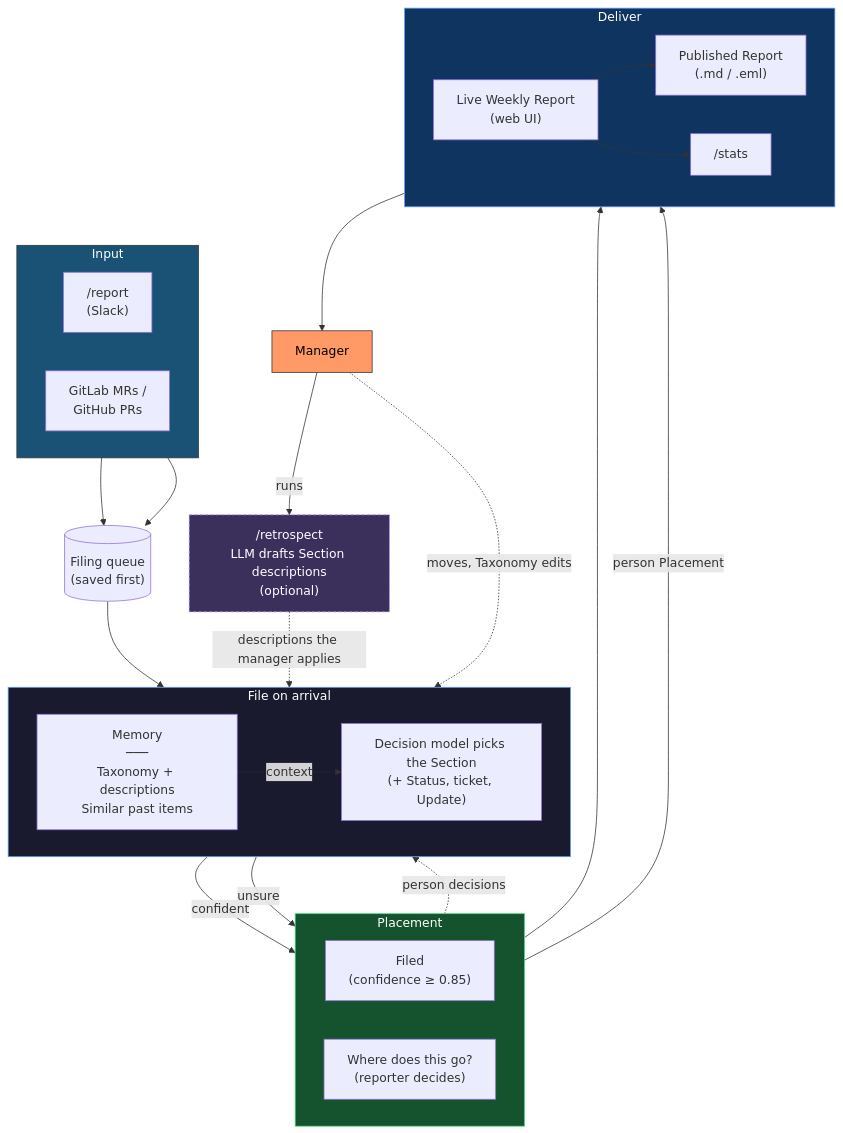
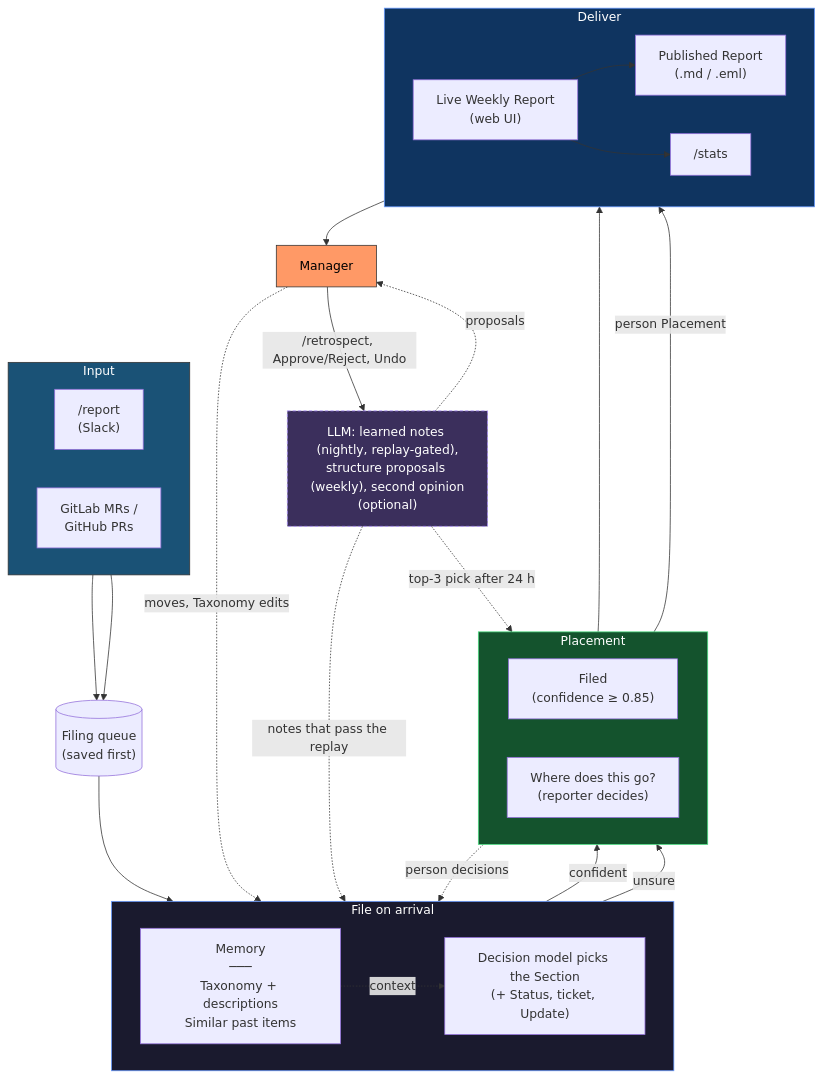
One commit to WZ/reportbot changed the diagram in docs/agentic-features-overview.md. Above: the diagram before and after it, drawn with Mermaid. The commit also changed other lines of this file and 6 other files, not shown here.

````diff
--- a/docs/agentic-features-overview.md
+++ b/docs/agentic-features-overview.md
@@ -141,55 +157,57 @@
 ```mermaid
 flowchart TB
     subgraph Input["Input"]
         direction LR
         DEV["/report<br>(Slack)"]
         CC["GitLab MRs /<br>GitHub PRs"]
     end
 
     Q[("Filing queue<br>(saved first)")]
 
     subgraph File["File on arrival"]
         direction LR
         MEM["Memory<br>───<br>Taxonomy + descriptions<br>Similar past items"]
         DM["Decision model picks the Section<br>(+ Status, ticket, Update)"]
         MEM -.->|context| DM
     end
 
     subgraph Place["Placement"]
         direction LR
         AUTO["Filed<br>(confidence ≥ 0.85)"]
         ASK["Where does this go?<br>(reporter decides)"]
     end
 
     subgraph Deliver["Deliver"]
         direction LR
         LIVE["Live Weekly Report<br>(web UI)"]
         PUB["Published Report<br>(.md / .eml)"]
         STATS["/stats"]
     end
 
     MGR["Manager"]
-    RETRO["/retrospect<br>LLM drafts Section descriptions<br>(optional)"]
+    LLM["LLM: learned notes (nightly, replay-gated),<br>structure proposals (weekly), second opinion<br>(optional)"]
 
     DEV --> Q
     CC --> Q
     Q --> DM
     DM -->|"confident"| AUTO
     DM -->|"unsure"| ASK
     AUTO --> LIVE
     ASK -->|"person Placement"| LIVE
     LIVE --> PUB
     LIVE --> STATS
     Deliver --> MGR
     ASK -.->|"person decisions"| MEM
     MGR -.->|"moves, Taxonomy edits"| MEM
-    MGR -->|"runs"| RETRO
-    RETRO -.->|"descriptions the manager applies"| MEM
+    MGR -->|"/retrospect, Approve/Reject, Undo"| LLM
+    LLM -.->|"notes that pass the replay"| MEM
+    LLM -.->|"top-3 pick after 24 h"| ASK
+    LLM -.->|"proposals"| MGR
 
     style Input fill:#1a5276,stroke:#333,color:#fff
     style File fill:#1a1a2e,stroke:#69f,color:#fff
     style Place fill:#14532d,stroke:#4ade80,color:#fff
     style Deliver fill:#0f3460,stroke:#69f,color:#fff
     style MGR fill:#f96,stroke:#333,color:#000
-    style RETRO fill:#3b2f5c,stroke:#a78bfa,color:#fff,stroke-dasharray: 4 3
+    style LLM fill:#3b2f5c,stroke:#a78bfa,color:#fff,stroke-dasharray: 4 3
 ```
````
